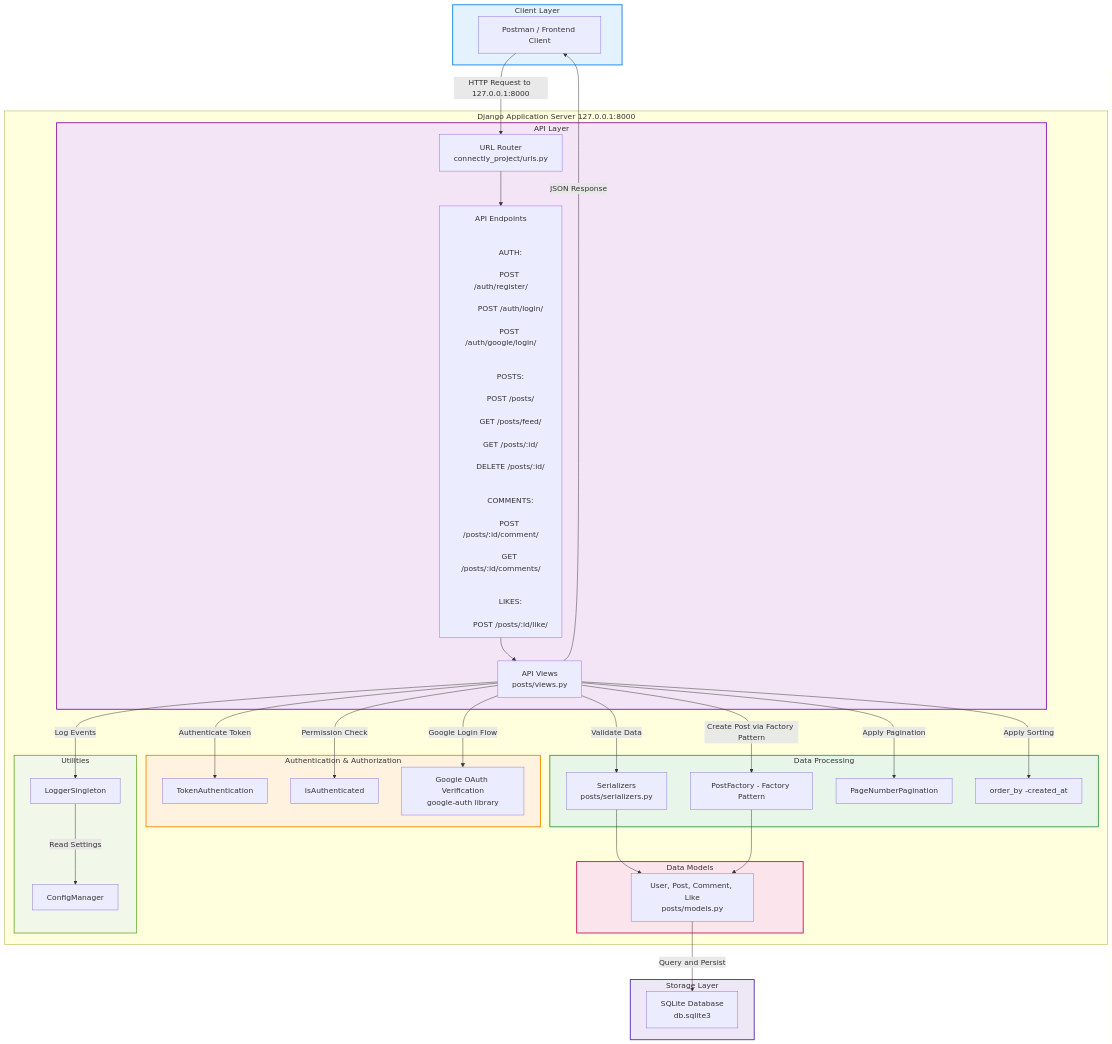
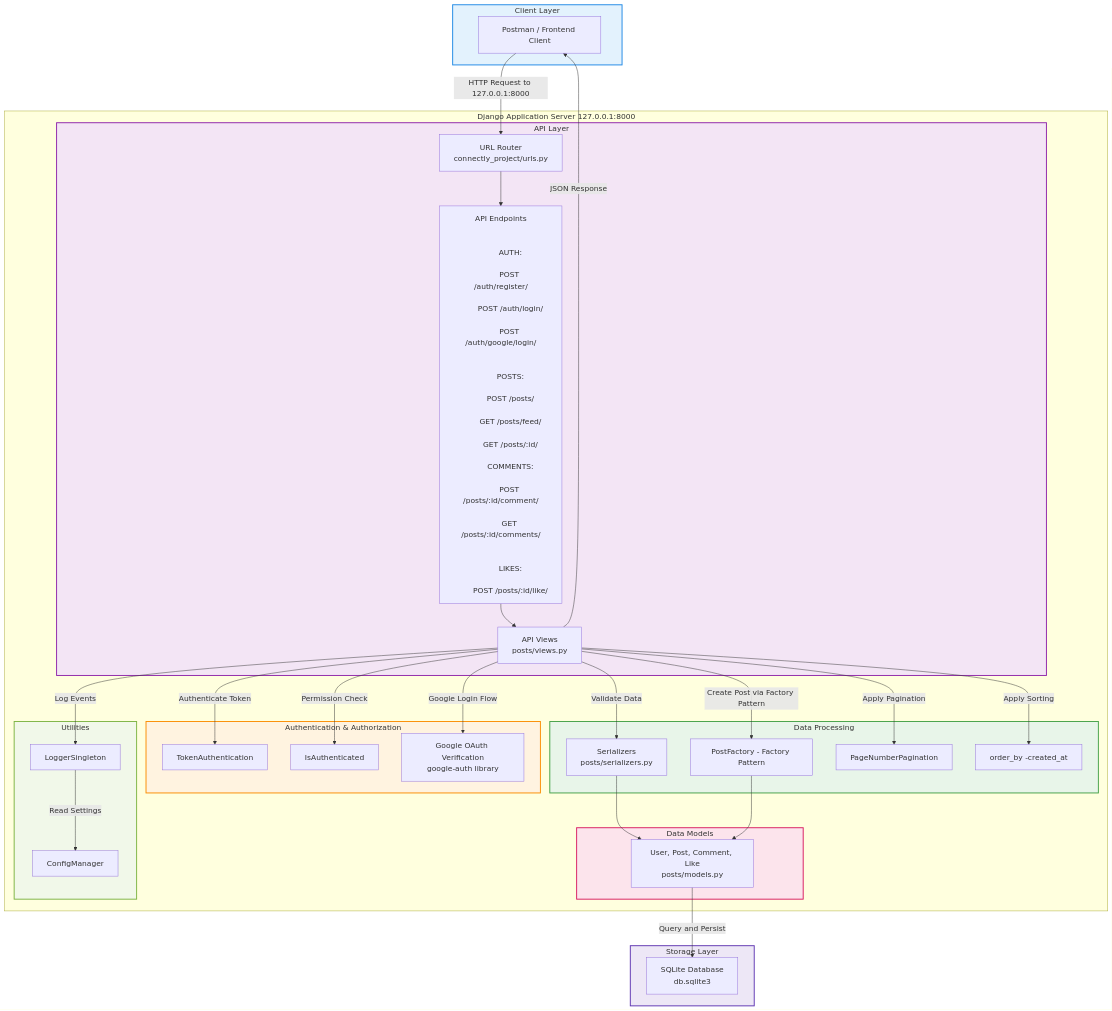
The third of 5 diagrams in README.md (Mihoqr/connectly-rest-api), drawn with Mermaid before and after one commit.

Commit message:
Remove something from ReadME

```diff
--- a/README.md
+++ b/README.md
@@ -284,7 +284,6 @@
         POST /posts/<br/>
         GET /posts/feed/<br/>
         GET /posts/:id/<br/>
-        DELETE /posts/:id/<br/><br/>
         COMMENTS:<br/>
         POST /posts/:id/comment/<br/>
         GET /posts/:id/comments/<br/><br/>
```
